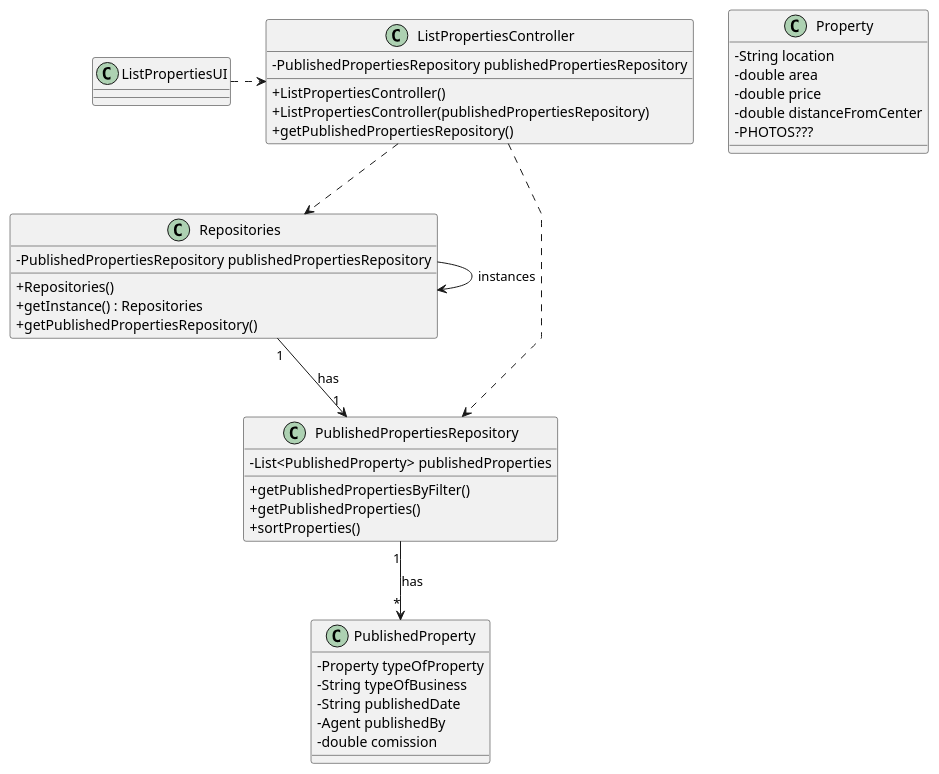
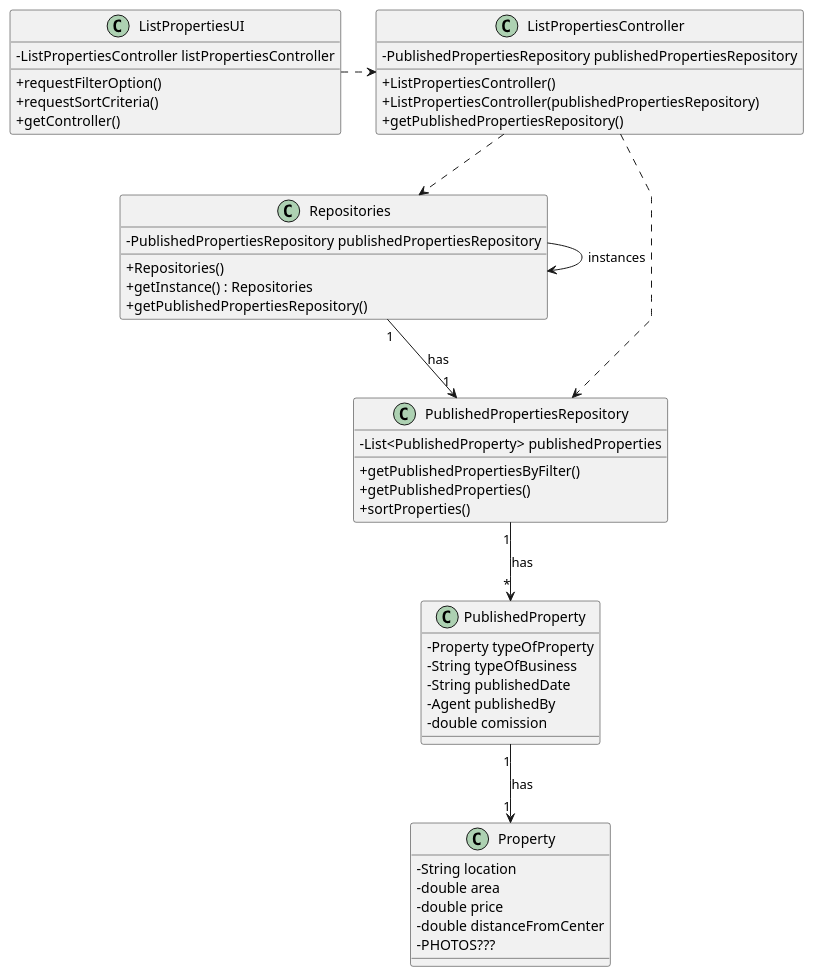
The diagram in docs/sprintB/us001/03.design/puml/us001-class-diagram.puml (Goncalves2525/real-estate-management-system), drawn with PlantUML before and after one commit. The commit also changed 2 other files, not shown here.

```diff
--- a/docs/sprintB/us001/03.design/puml/us001-class-diagram.puml
+++ b/docs/sprintB/us001/03.design/puml/us001-class-diagram.puml
@@ -1,65 +1,71 @@
 @startuml
 'skinparam monochrome true
 skinparam packageStyle rectangle
 skinparam shadowing false
 skinparam linetype polyline
 'skinparam linetype orto
 
 skinparam classAttributeIconSize 0
 
 'left to right directio
 class Property{
     - String location
     - double area
     - double price
     - double distanceFromCenter
     - PHOTOS???
 }
 
 class PublishedProperty {
     - Property typeOfProperty
     - String typeOfBusiness
     - String publishedDate
     - Agent publishedBy
     - double comission
 }
 
 class PublishedPropertiesRepository {
     - List<PublishedProperty> publishedProperties
     + getPublishedPropertiesByFilter()
     + getPublishedProperties()
     + sortProperties()
 }
 
 
 class Repositories {
     - PublishedPropertiesRepository publishedPropertiesRepository
     + Repositories()
     + getInstance() : Repositories
     + getPublishedPropertiesRepository()
 }
 
 class ListPropertiesController {
     - PublishedPropertiesRepository publishedPropertiesRepository
     + ListPropertiesController()
     + ListPropertiesController(publishedPropertiesRepository)
     + getPublishedPropertiesRepository()
 }
 
 class ListPropertiesUI {
+-ListPropertiesController listPropertiesController
++requestFilterOption()
++requestSortCriteria()
++getController()
 }
 
 Repositories -> Repositories : instances
 
 ListPropertiesUI .> ListPropertiesController
 
 ListPropertiesController ..> Repositories
 
 Repositories "1" --> "1" PublishedPropertiesRepository : has
 
 ListPropertiesController ..> PublishedPropertiesRepository
 
 PublishedPropertiesRepository "1" --> "*" PublishedProperty : has
 
+PublishedProperty "1" --> "1" Property : has
+
 
 @enduml
```
